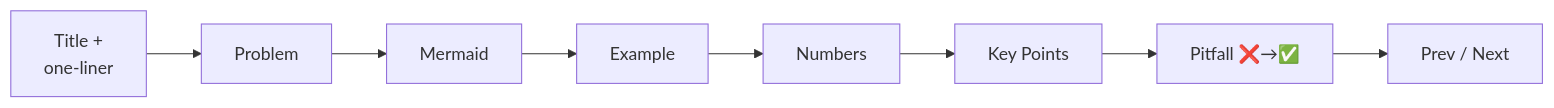
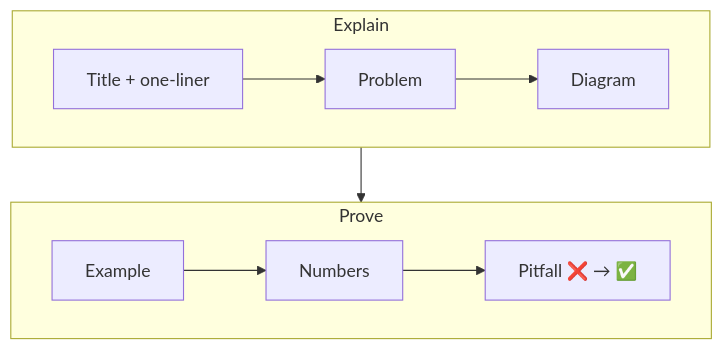
One commit to wesamkhateeb98-creator/docker-zero-to-production changed the second of 2 diagrams in README.md. Above: the diagram before and after it, drawn with Mermaid. The commit also changed other lines of this file and 4 other files, not shown here.

First line of the commit message:
Fix README layout: readable diagrams and collapsible doc index

````diff
--- a/README.md
+++ b/README.md
@@ -71,5 +226,12 @@
 ```mermaid
-flowchart LR
-    T["Title +<br/>one-liner"] --> P["Problem"] --> M["Mermaid"] --> E["Example"]
-    E --> N["Numbers"] --> K["Key Points"] --> X["Pitfall ❌→✅"] --> L["Prev / Next"]
+flowchart TB
+    subgraph X["Explain"]
+        direction LR
+        A["Title + one-liner"] --> B["Problem"] --> C["Diagram"]
+    end
+    subgraph Y["Prove"]
+        direction LR
+        D["Example"] --> E["Numbers"] --> F["Pitfall ❌ → ✅"]
+    end
+    X --> Y
 ```
````
